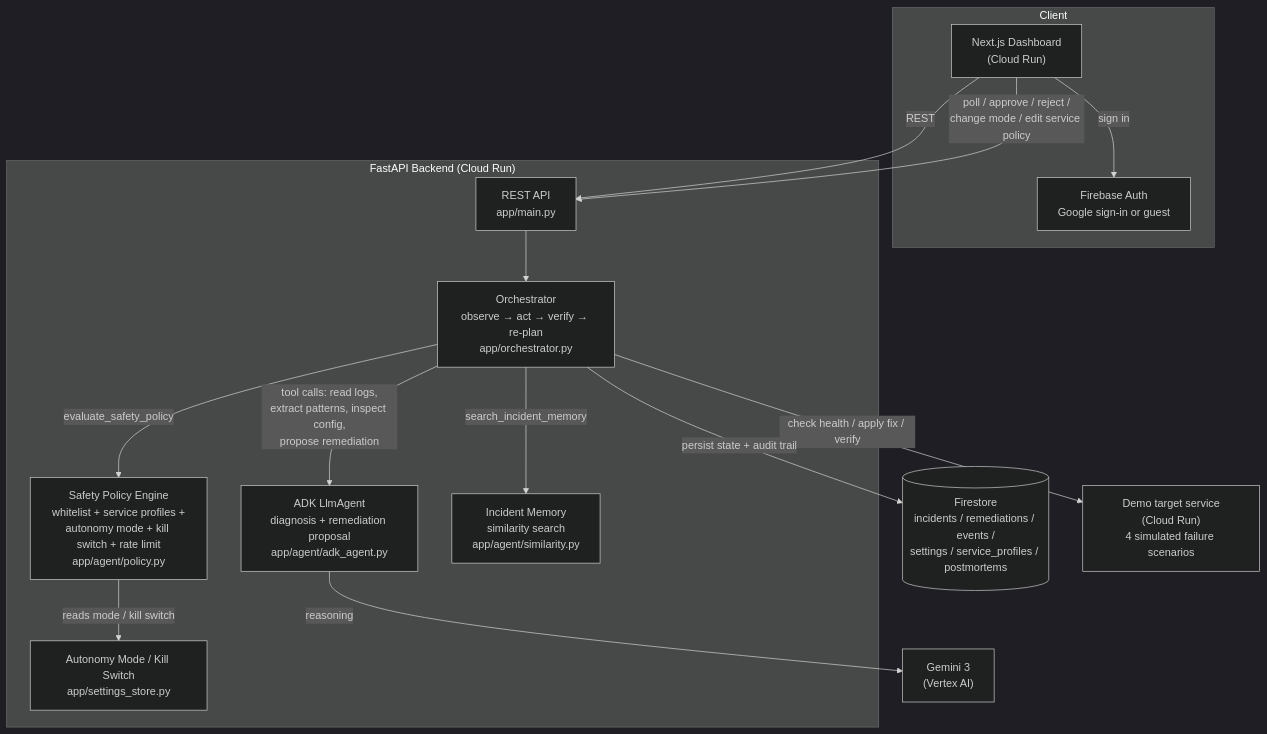
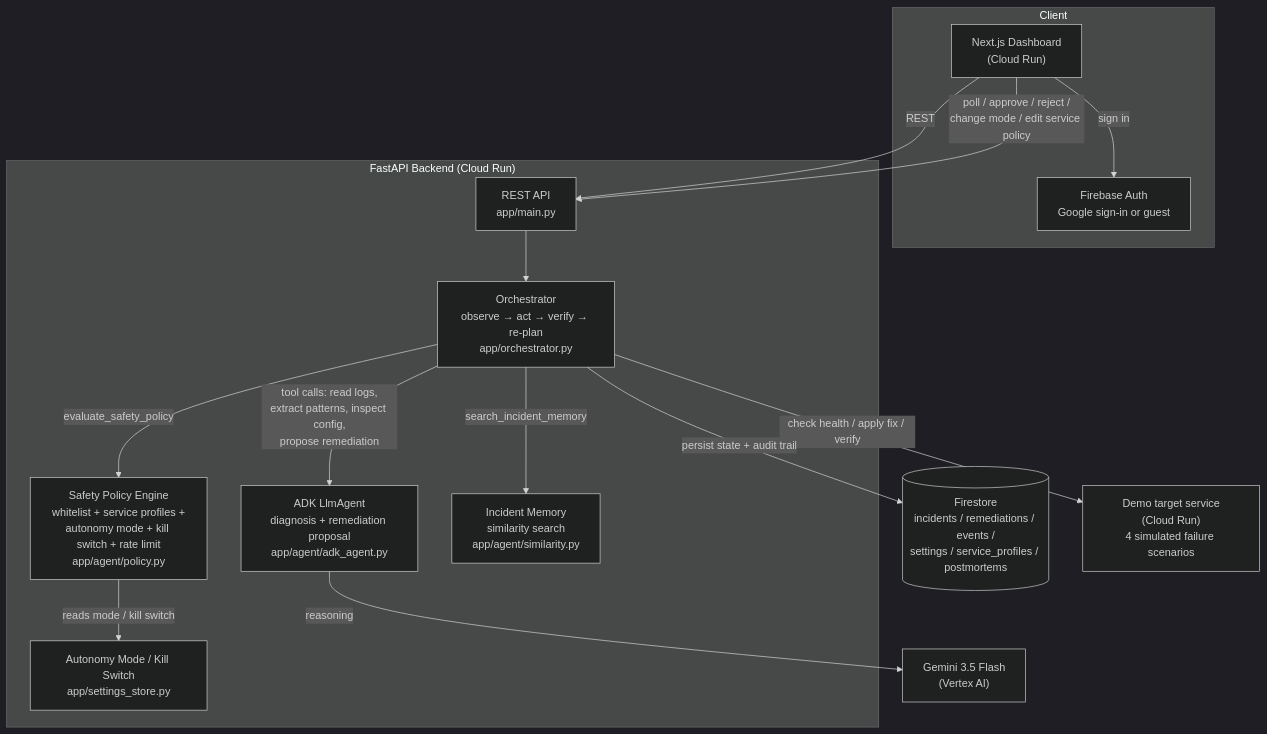
The diagram in README.md (ElisaRumSolberg/incident-resolver-agent), drawn with Mermaid (dark theme) before and after one commit. The commit also changed other lines of this file and 4 other files, not shown here.

First line of the commit message:
Switch from gemini-3-flash-preview to gemini-3.5-flash

````diff
--- a/README.md
+++ b/README.md
@@ -24,32 +24,32 @@
 ```mermaid
 flowchart TB
     subgraph Client
         AUTH["Firebase Auth\nGoogle sign-in or guest"]
         UI["Next.js Dashboard\n(Cloud Run)"]
     end
 
     subgraph Agent Backend ["FastAPI Backend (Cloud Run)"]
         API["REST API\napp/main.py"]
         ORCH["Orchestrator\nobserve → act → verify → re-plan\napp/orchestrator.py"]
         POLICY["Safety Policy Engine\nwhitelist + service profiles +\nautonomy mode + kill switch + rate limit\napp/agent/policy.py"]
         SETTINGS["Autonomy Mode / Kill Switch\napp/settings_store.py"]
         ADK["ADK LlmAgent\ndiagnosis + remediation proposal\napp/agent/adk_agent.py"]
         SIM["Incident Memory\nsimilarity search\napp/agent/similarity.py"]
     end
 
-    GEMINI["Gemini 3\n(Vertex AI)"]
+    GEMINI["Gemini 3.5 Flash\n(Vertex AI)"]
     FS[("Firestore\nincidents / remediations / events /\nsettings / service_profiles / postmortems")]
     DEMO["Demo target service\n(Cloud Run)\n4 simulated failure scenarios"]
 
     UI -- "sign in" --> AUTH
     UI -- "REST" --> API
     API --> ORCH
     ORCH -- "evaluate_safety_policy" --> POLICY
     POLICY -- "reads mode / kill switch" --> SETTINGS
     ORCH -- "search_incident_memory" --> SIM
     ORCH -- "tool calls: read logs,\nextract patterns, inspect config,\npropose remediation" --> ADK
     ADK -- "reasoning" --> GEMINI
     ORCH -- "check health / apply fix / verify" --> DEMO
     ORCH -- "persist state + audit trail" --> FS
     UI -- "poll / approve / reject /\nchange mode / edit service policy" --> API
 ```
````
